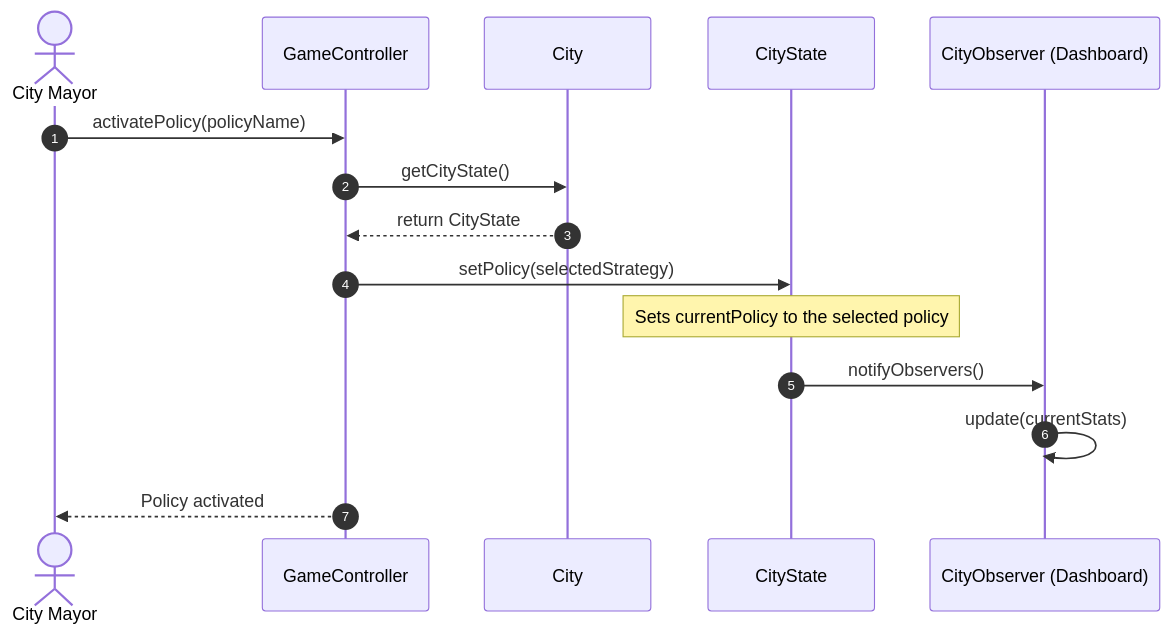
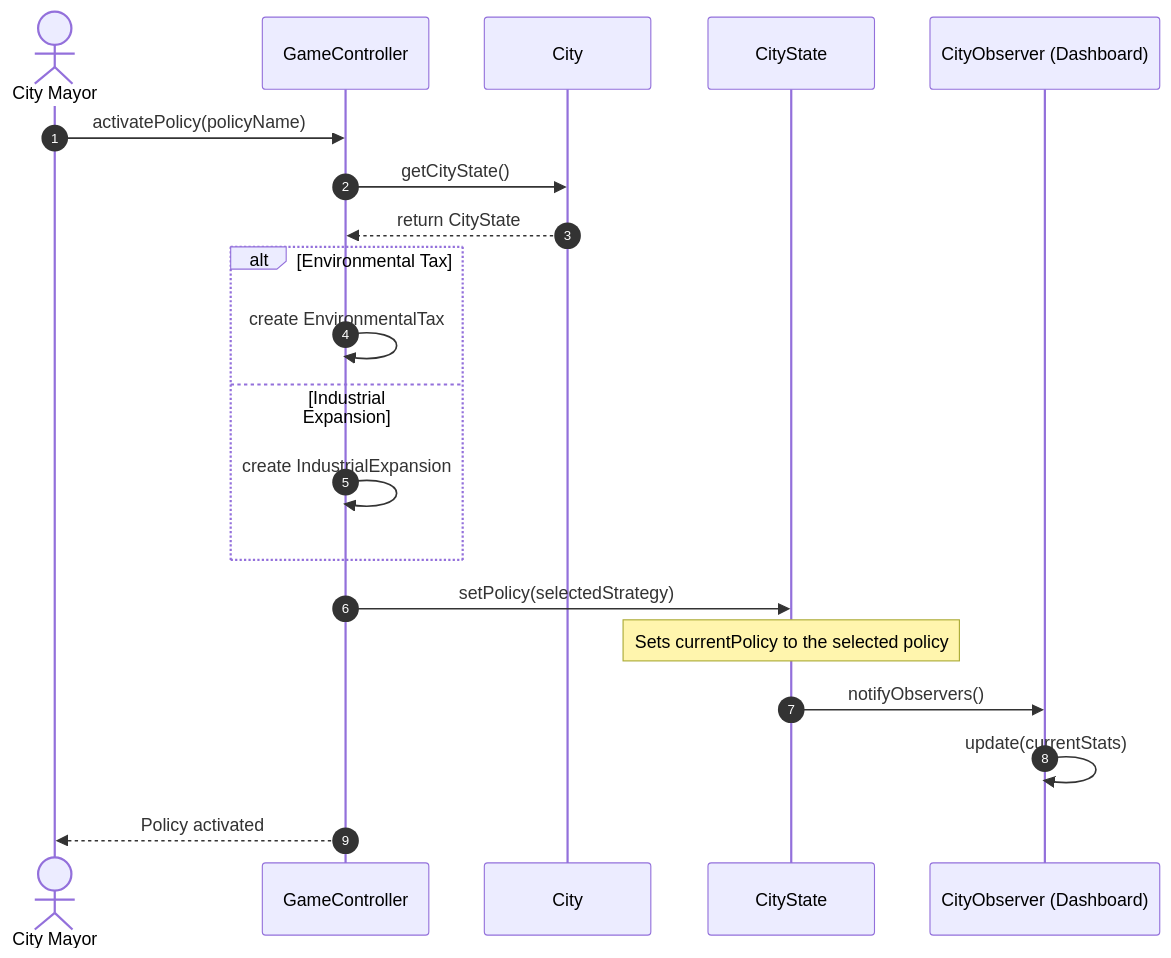
One commit to andreatoson3-netizen/Amatriciana changed the diagram in docs/INTERNAL-SEQUENCE-DIAGRAM/isd-manage-city-policies.md. Above: the diagram before and after it, drawn with Mermaid.

````diff
--- a/docs/INTERNAL-SEQUENCE-DIAGRAM/isd-manage-city-policies.md
+++ b/docs/INTERNAL-SEQUENCE-DIAGRAM/isd-manage-city-policies.md
@@ -1,22 +1,28 @@
 ```mermaid
 sequenceDiagram
     autonumber
     actor Mayor as City Mayor
     participant Controller as GameController
     participant CityObj as City
     participant State as CityState
     participant Observer as CityObserver (Dashboard)
 
     Mayor->>Controller: activatePolicy(policyName)
 
     Controller->>CityObj: getCityState()
     CityObj-->>Controller: return CityState
 
+    alt Environmental Tax
+        Controller->>Controller: create EnvironmentalTax
+    else Industrial Expansion
+        Controller->>Controller: create IndustrialExpansion
+    end
+    
     Controller->>State: setPolicy(selectedStrategy)
     Note over State: Sets currentPolicy to the selected policy
 
     State->>Observer: notifyObservers()
     Observer->>Observer: update(currentStats)
 
     Controller-->>Mayor: Policy activated
 ```
````
